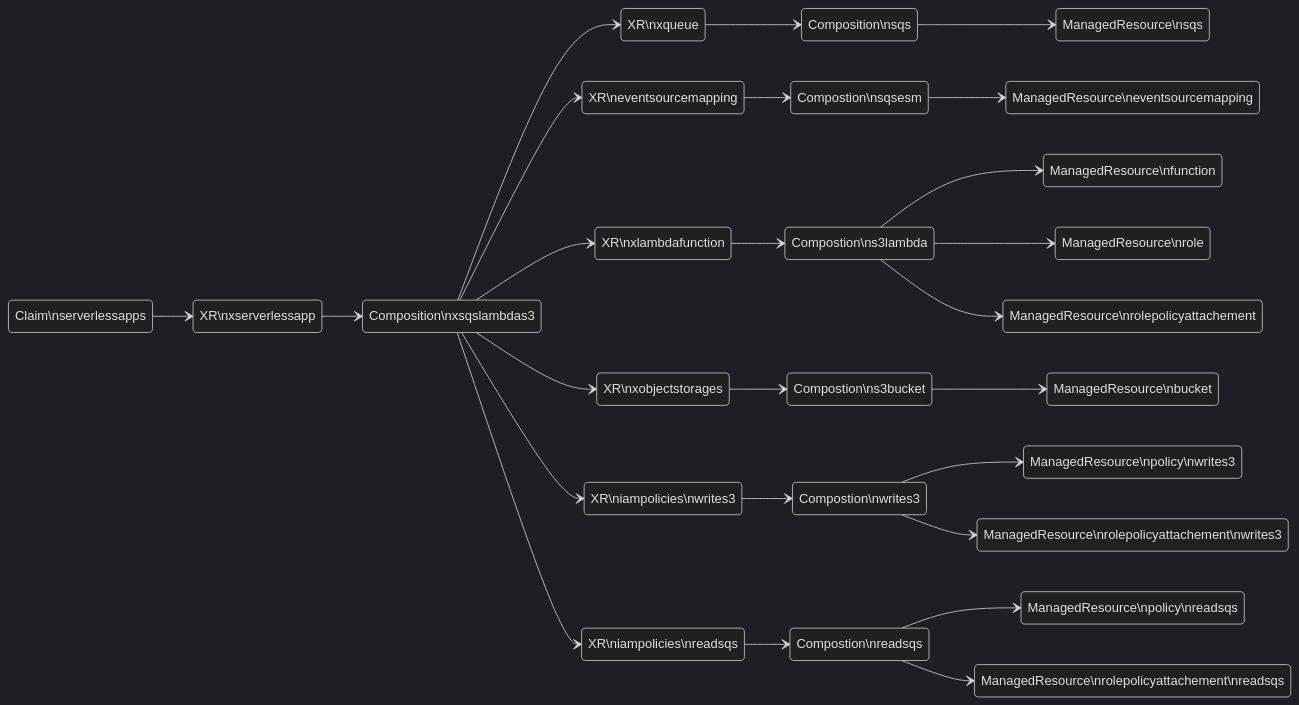
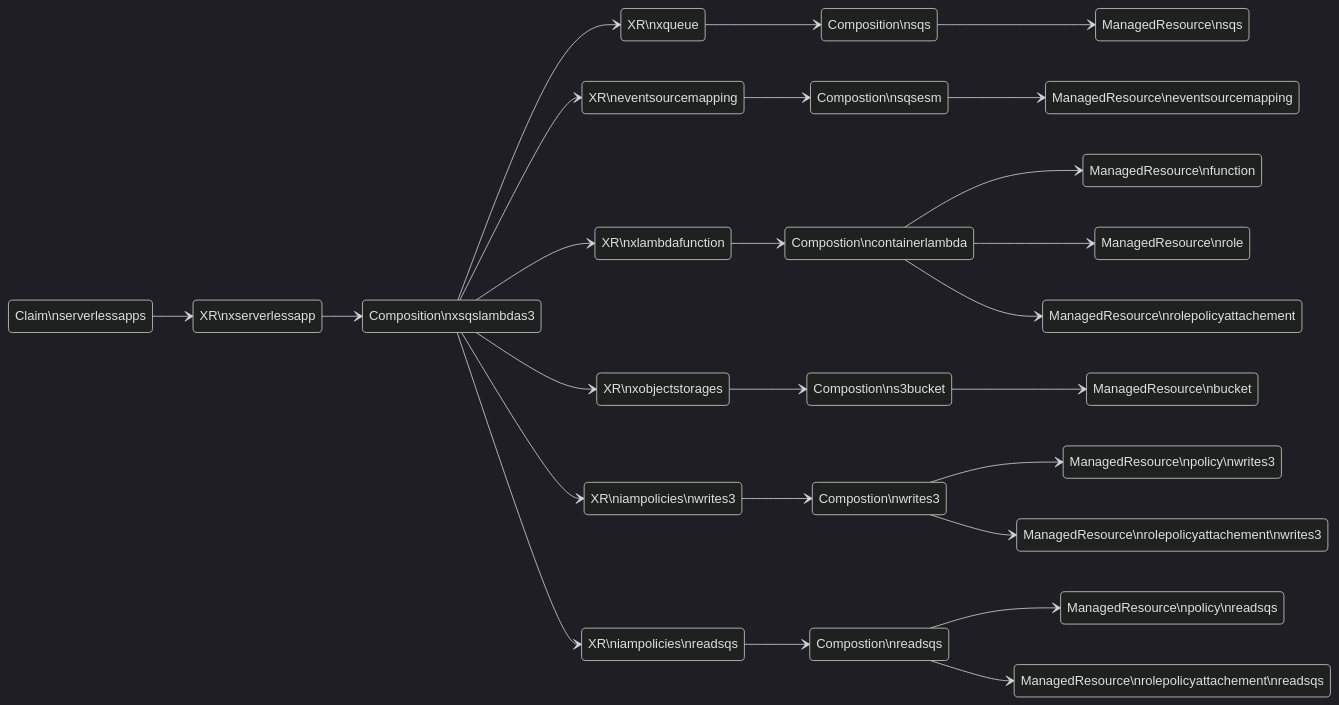
The diagram in examples/upbound-aws-provider/composite-resources/serverless-examples/sqs-lambda-s3/README.md (awslabs/crossplane-on-eks), drawn with Mermaid (dark theme) before and after one commit. The commit also changed other lines of this file and 3 other files, not shown here.

````diff
--- a/examples/upbound-aws-provider/composite-resources/serverless-examples/sqs-lambda-s3/README.md
+++ b/examples/upbound-aws-provider/composite-resources/serverless-examples/sqs-lambda-s3/README.md
@@ -90,28 +88,28 @@
 ```mermaid
 stateDiagram-v2
     direction LR
     Claim\nserverlessapps--> XR\nxserverlessapp
     XR\nxserverlessapp --> Composition\nxsqslambdas3
     Composition\nxsqslambdas3 --> XR\nxqueue
     Composition\nxsqslambdas3 --> XR\neventsourcemapping
     Composition\nxsqslambdas3 --> XR\nxlambdafunction
     Composition\nxsqslambdas3 --> XR\nxobjectstorages
     Composition\nxsqslambdas3 --> XR\niampolicies\nwrites3
     Composition\nxsqslambdas3 --> XR\niampolicies\nreadsqs
     XR\nxqueue --> Composition\nsqs
     Composition\nsqs --> ManagedResource\nsqs
     XR\neventsourcemapping --> Compostion\nsqsesm
     Compostion\nsqsesm --> ManagedResource\neventsourcemapping
-    XR\nxlambdafunction --> Compostion\ns3lambda
-    Compostion\ns3lambda --> ManagedResource\nfunction
-    Compostion\ns3lambda --> ManagedResource\nrole
-    Compostion\ns3lambda --> ManagedResource\nrolepolicyattachement
+    XR\nxlambdafunction --> Compostion\ncontainerlambda
+    Compostion\ncontainerlambda --> ManagedResource\nfunction
+    Compostion\ncontainerlambda --> ManagedResource\nrole
+    Compostion\ncontainerlambda --> ManagedResource\nrolepolicyattachement
     XR\nxobjectstorages --> Compostion\ns3bucket
     Compostion\ns3bucket --> ManagedResource\nbucket
     XR\niampolicies\nwrites3 --> Compostion\nwrites3
     Compostion\nwrites3 --> ManagedResource\npolicy\nwrites3
     Compostion\nwrites3 --> ManagedResource\nrolepolicyattachement\nwrites3
     XR\niampolicies\nreadsqs --> Compostion\nreadsqs
     Compostion\nreadsqs --> ManagedResource\npolicy\nreadsqs
     Compostion\nreadsqs --> ManagedResource\nrolepolicyattachement\nreadsqs
 ```
````
